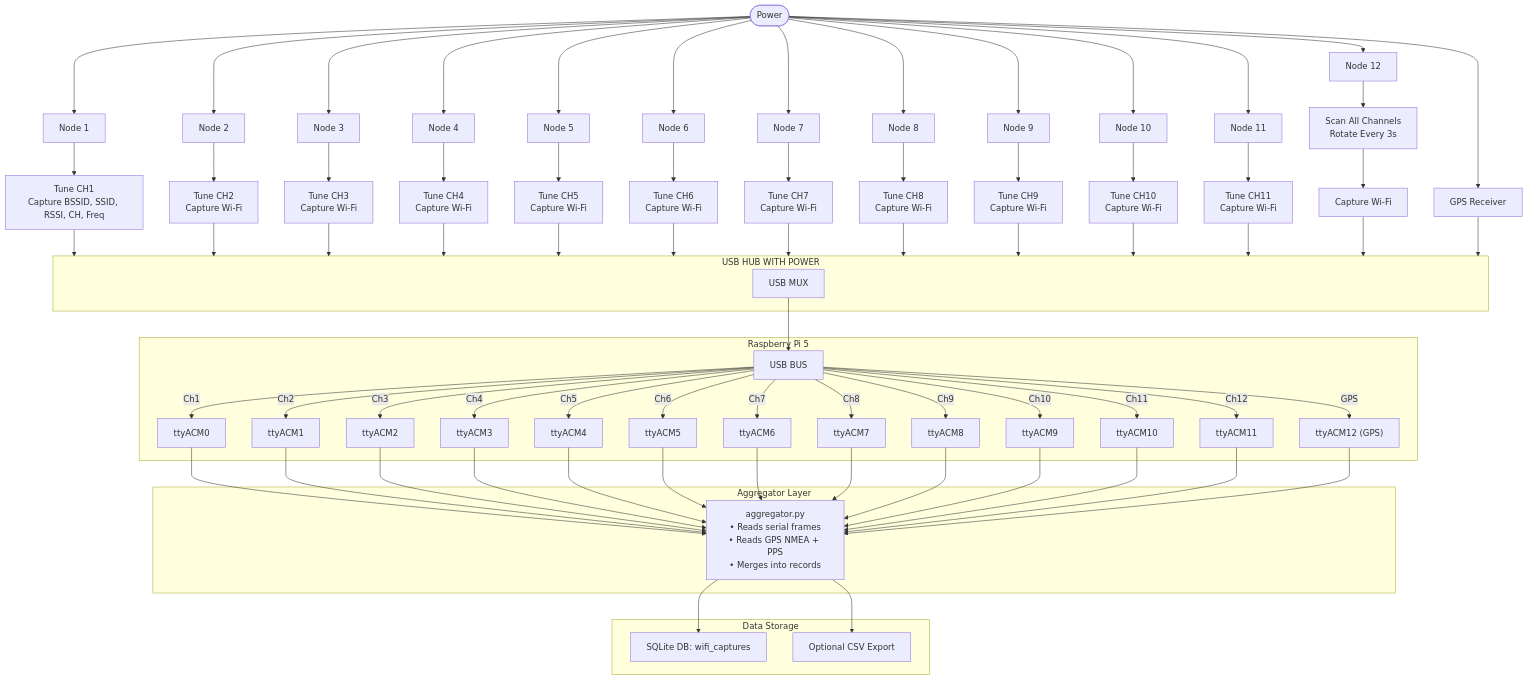
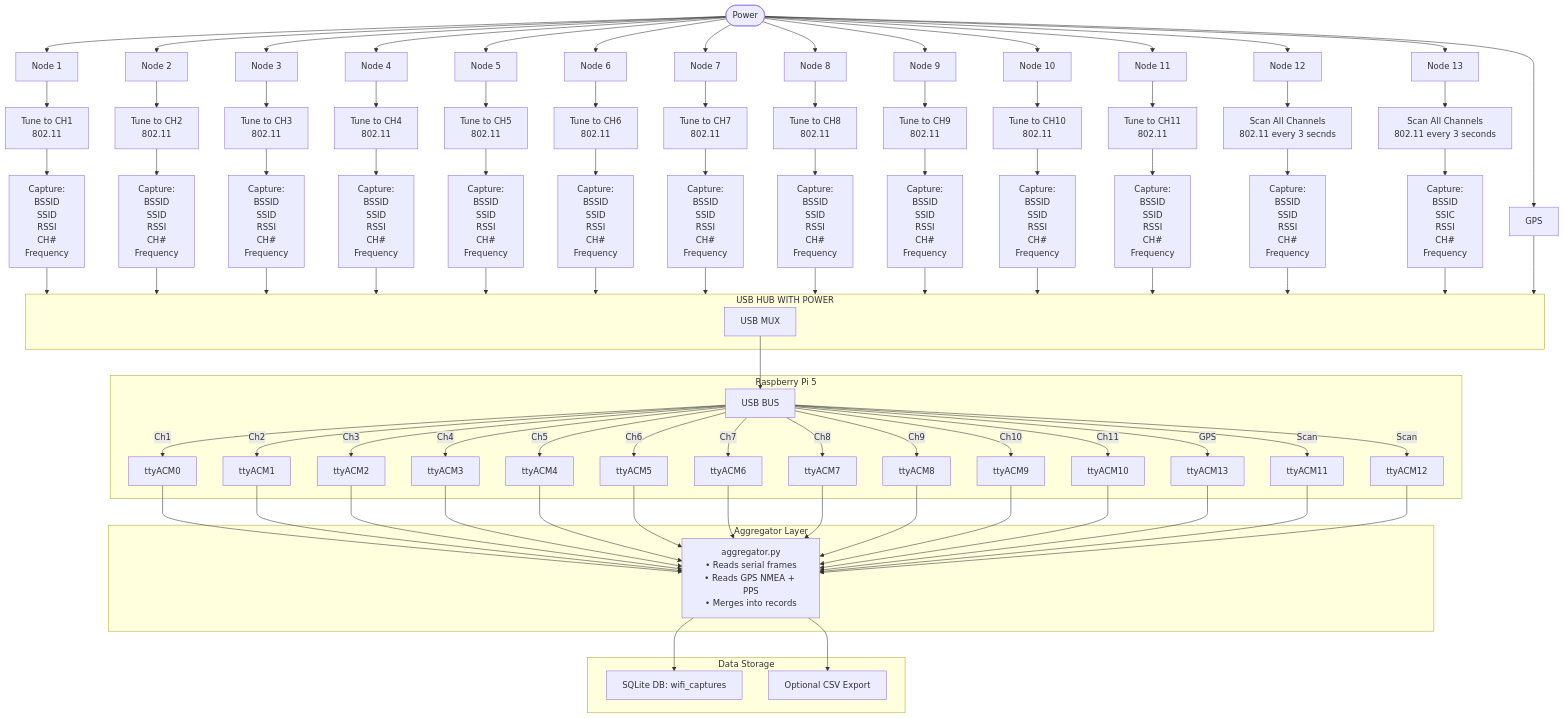
The second of 2 diagrams in Readme.md (sbejarano/WiFi_Promiscuous), drawn with Mermaid before and after one commit.

Commit message:
Update Readme.md
Added two scanners for lateral precision when driving.

````diff
--- a/Readme.md
+++ b/Readme.md
@@ -114,10 +114,9 @@
 ```mermaid
-  flowchart TD
-  subgraph s1["USB HUB WITH POWER"]
+ flowchart TD
+ subgraph s1["USB HUB WITH POWER"]
         n40["USB MUX"]
   end
-
-  subgraph s2["Raspberry Pi 5"]
+ subgraph s2["Raspberry Pi 5"]
         n41["USB BUS"]
         n42["ttyACM0"]
         n43["ttyACM1"]
@@ -130,60 +129,99 @@
         n50["ttyACM8"]
         n52["ttyACM9"]
         n53["ttyACM10"]
-        n54["ttyACM11"]
-        n55["ttyACM12 (GPS)"]
+        n63["ttyACM11"]
+        n64["ttyACM12"]
+         n55["ttyACM13"]
   end
-
-  %% ESP32 Nodes
-  C["Node 1"] --> n1["Tune CH1<br>Capture BSSID, SSID, RSSI, CH, Freq"]
-  n6["Node 2"] --> n7["Tune CH2<br>Capture Wi-Fi"]
-  n9["Node 3"] --> n10["Tune CH3<br>Capture Wi-Fi"]
-  n12["Node 4"] --> n13["Tune CH4<br>Capture Wi-Fi"]
-  n15["Node 5"] --> n16["Tune CH5<br>Capture Wi-Fi"]
-  n18["Node 6"] --> n19["Tune CH6<br>Capture Wi-Fi"]
-  n21["Node 7"] --> n22["Tune CH7<br>Capture Wi-Fi"]
-  n24["Node 8"] --> n25["Tune CH8<br>Capture Wi-Fi"]
-  n27["Node 9"] --> n28["Tune CH9<br>Capture Wi-Fi"]
-  n30["Node 10"] --> n31["Tune CH10<br>Capture Wi-Fi"]
-  n33["Node 11"] --> n34["Tune CH11<br>Capture Wi-Fi"]
-  n39["Node 12"] --> n37["Scan All Channels<br>Rotate Every 3s"]
-  n37 --> n38["Capture Wi-Fi"]
-
-  %% GPS Node
-  n57["GPS Receiver"] 
-
-  %% Power Distribution
-  A(["Power"]) --> C & n6 & n9 & n12 & n15 & n18 & n21 & n24 & n27 & n30 & n33 & n39 & n57
-
-  %% Data Paths
-  n1 --> s1
-  n7 --> s1
-  n10 --> s1
-  n13 --> s1
-  n16 --> s1
-  n19 --> s1
-  n22 --> s1
-  n25 --> s1
-  n28 --> s1
-  n31 --> s1
-  n34 --> s1
-  n38 --> s1
-  n57 --> s1
-
-  n40 --> n41
-  n41 -- Ch1 --> n42
-  n41 -- Ch2 --> n43
-  n41 -- Ch3 --> n44
-  n41 -- Ch4 --> n45
-  n41 -- Ch5 --> n46
-  n41 -- Ch6 --> n47
-  n41 -- Ch7 --> n48
-  n41 -- Ch8 --> n49
-  n41 -- Ch9 --> n50
-  n41 -- Ch10 --> n52
-  n41 -- Ch11 --> n53
-  n41 -- Ch12 --> n54
-  n41 -- GPS --> n55
+    C["Node 1"] --> n1["Tune to CH1<br>802.11"]
+    n1 --> n5["Capture:<br>BSSID<br>SSID<br>RSSI<br>CH#<br>Frequency"]
+    A(["Power"]) --> C & n6["Node 2"] & n9["Node 3"] & n12["Node 4"] & n15["Node 5"] & n18["Node 6"] & n21["Node 7"] & n24["Node 8"] & n27["Node 9"] & n30["Node 10"] & n33["Node 11"] & n39["Node 12"] & n60["Node 13"] & n57["GPS"]
+    n6 --> n7["Tune to CH2<br>802.11"]
+    n7 --> n8["Capture:<br>BSSID<br>SSID<br>RSSI<br>CH#<br>Frequency"]
+    n9 --> n10["Tune to CH3<br>802.11"]
+    n10 --> n11["Capture:<br>BSSID<br>SSID<br>RSSI<br>CH#<br>Frequency"]
+    n12 --> n13["Tune to CH4<br>802.11"]
+    n13 --> n14["Capture:<br>BSSID<br>SSID<br>RSSI<br>CH#<br>Frequency"]
+    n15 --> n16["Tune to CH5<br>802.11"]
+    n16 --> n17["Capture:<br>BSSID<br>SSID<br>RSSI<br>CH#<br>Frequency"]
+    n18 --> n19["Tune to CH6<br>802.11"]
+    n19 --> n20["Capture:<br>BSSID<br>SSID<br>RSSI<br>CH#<br>Frequency"]
+    n21 --> n22["Tune to CH7<br>802.11"]
+    n22 --> n23["Capture:<br>BSSID<br>SSID<br>RSSI<br>CH#<br>Frequency"]
+    n24 --> n25["Tune to CH8<br>802.11"]
+    n25 --> n26["Capture:<br>BSSID<br>SSID<br>RSSI<br>CH#<br>Frequency"]
+    n27 --> n28["Tune to CH9<br>802.11"]
+    n28 --> n29["Capture:<br>BSSID<br>SSID<br>RSSI<br>CH#<br>Frequency"]
+    n30 --> n31["Tune to CH10<br>802.11"]
+    n31 --> n32["Capture:<br>BSSID<br>SSID<br>RSSI<br>CH#<br>Frequency"]
+    n33 --> n34["Tune to CH11<br>802.11"]
+    n34 --> n35["Capture:<br>BSSID<br>SSID<br>RSSI<br>CH#<br>Frequency"]
+    n37["Scan All Channels<br>802.11 every 3 secnds"] --> n38["Capture:<br>BSSID<br>SSID<br>RSSI<br>CH#<br>Frequency"]
+    n61["Scan All Channels<br>802.11 every 3 seconds"] --> n62["Capture:<br>BSSID<br>SSIC<br>RSSI<br>CH#<br>Frequency"]
+    n39 --> n37
+    n5 --> s1
+    n8 --> s1
+    n11 --> s1
+    n14 --> s1
+    n17 --> s1
+    n20 --> s1
+    n23 --> s1
+    n26 --> s1
+    n29 --> s1
+    n32 --> s1
+    n35 --> s1
+    n38 --> s1
+    n40 --> n41
+    n41 -- Ch1 --> n42
+    n41 -- Ch2 --> n43
+    n41 -- Ch3 --> n44
+    n41 -- Ch4 --> n45
+    n41 -- Ch5 --> n46
+    n41 -- Ch6 --> n47
+    n41 -- Ch7 --> n48
+    n41 -- Ch8 --> n49
+    n41 -- Ch9 --> n50
+    n41 -- Ch10 --> n52
+    n41 -- Ch11 --> n53
+    n41 -- Scan --> n63
+    n41 -- Scan --> n64
+    n60 --> n61
+    n62 --> s1
+    n57 --> s1
+    n41 -- GPS --> n55
+    n6@{ shape: rect}
+    n9@{ shape: rect}
+    n12@{ shape: rect}
+    n15@{ shape: rect}
+    n18@{ shape: rect}
+    n21@{ shape: rect}
+    n24@{ shape: rect}
+    n27@{ shape: rect}
+    n30@{ shape: rect}
+    n33@{ shape: rect}
+    n57@{ shape: rect}
+    n7@{ shape: rect}
+    n8@{ shape: rect}
+    n10@{ shape: rect}
+    n11@{ shape: rect}
+    n13@{ shape: rect}
+    n14@{ shape: rect}
+    n16@{ shape: rect}
+    n17@{ shape: rect}
+    n19@{ shape: rect}
+    n20@{ shape: rect}
+    n22@{ shape: rect}
+    n23@{ shape: rect}
+    n25@{ shape: rect}
+    n26@{ shape: rect}
+    n28@{ shape: rect}
+    n29@{ shape: rect}
+    n31@{ shape: rect}
+    n32@{ shape: rect}
+    n34@{ shape: rect}
+    n35@{ shape: rect}
+    n37@{ shape: rect}
+    n38@{ shape: rect}
 
   %% Processing
   subgraph Processing["Aggregator Layer"]
@@ -197,7 +235,8 @@
   end
 
   %% Flow into processing and storage
-  n42 & n43 & n44 & n45 & n46 & n47 & n48 & n49 & n50 & n52 & n53 & n54 & n55 --> agg
+  n42 & n43 & n44 & n45 & n46 & n47 & n48 & n49 & n50 & n52 & n53 & n55 & n63 & n64 --> agg
   agg --> db
   agg --> csv
+
   ```
````
